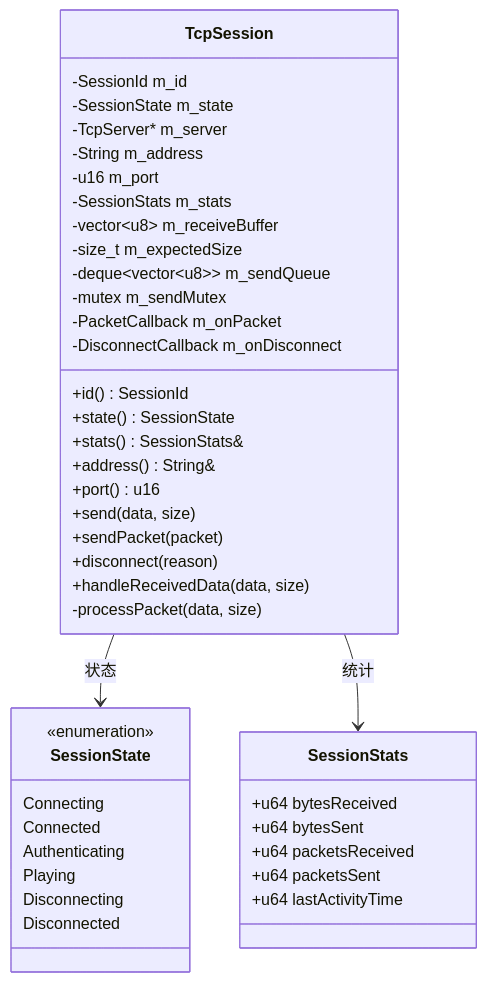
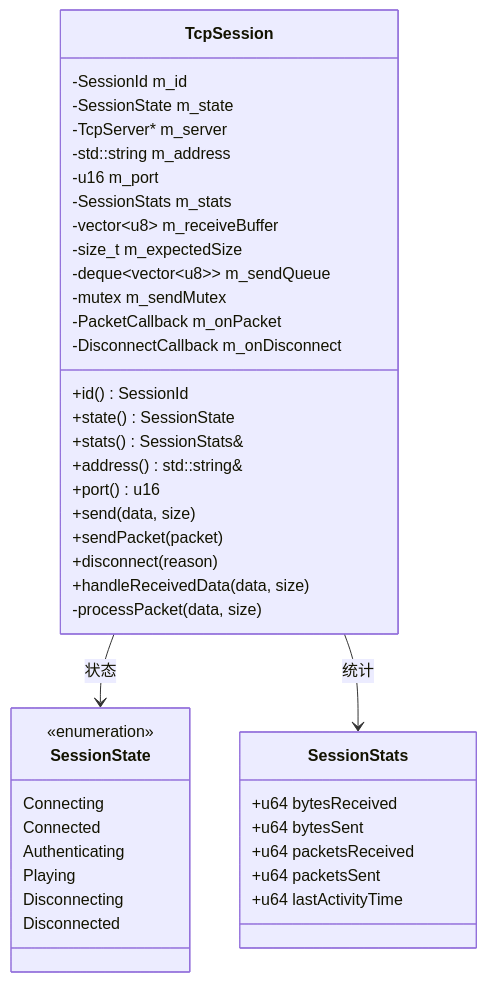
Before and after one commit to g122622/Cubium: the second of 7 diagrams in src/server/network/README.md, drawn with Mermaid. The commit also changed other lines of this file and 823 other files, not shown here.

````diff
--- a/src/server/network/README.md
+++ b/src/server/network/README.md
@@ -88,49 +88,49 @@
 ```mermaid
 classDiagram
     class SessionState {
         <<enumeration>>
         Connecting
         Connected
         Authenticating
         Playing
         Disconnecting
         Disconnected
     }
 
     class SessionStats {
         +u64 bytesReceived
         +u64 bytesSent
         +u64 packetsReceived
         +u64 packetsSent
         +u64 lastActivityTime
     }
 
     class TcpSession {
         -SessionId m_id
         -SessionState m_state
         -TcpServer* m_server
-        -String m_address
+        -std::string m_address
         -u16 m_port
         -SessionStats m_stats
         -vector~u8~ m_receiveBuffer
         -size_t m_expectedSize
         -deque~vector~u8~~ m_sendQueue
         -mutex m_sendMutex
         -PacketCallback m_onPacket
         -DisconnectCallback m_onDisconnect
 
         +id() SessionId
         +state() SessionState
         +stats() SessionStats&
-        +address() String&
+        +address() std::string&
         +port() u16
         +send(data, size)
         +sendPacket(packet)
         +disconnect(reason)
         +handleReceivedData(data, size)
         -processPacket(data, size)
     }
 
     TcpSession --> SessionState : 状态
     TcpSession --> SessionStats : 统计
 ```
````
